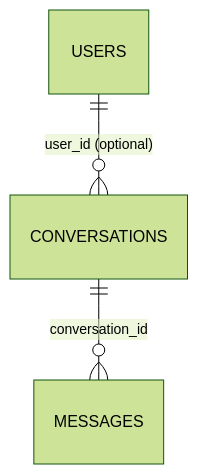
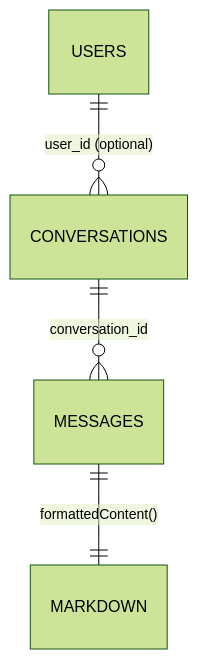
One commit to siimliimand/laravel-assistant changed the fourth of 6 diagrams in .qoder/repowiki/en/content/Laravel Application Components/Models.md. Above: the diagram before and after it, drawn with Mermaid (forest theme). The commit also changed other lines of this file and 4 other files, not shown here.

````diff
--- a/.qoder/repowiki/en/content/Laravel Application Components/Models.md
+++ b/.qoder/repowiki/en/content/Laravel Application Components/Models.md
@@ -263,5 +328,6 @@
 ```mermaid
 erDiagram
 USERS ||--o{ CONVERSATIONS : "user_id (optional)"
 CONVERSATIONS ||--o{ MESSAGES : "conversation_id"
+MESSAGES ||--|| MARKDOWN : "formattedContent()"
 ```
````
